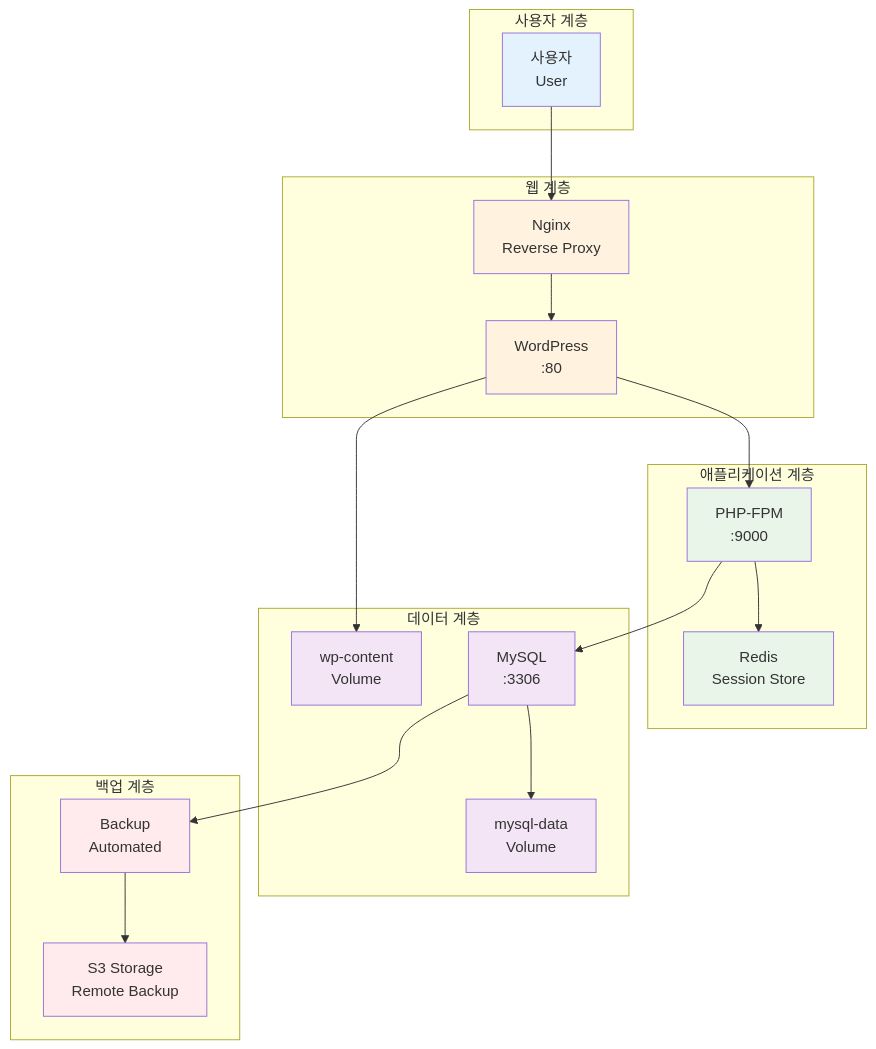
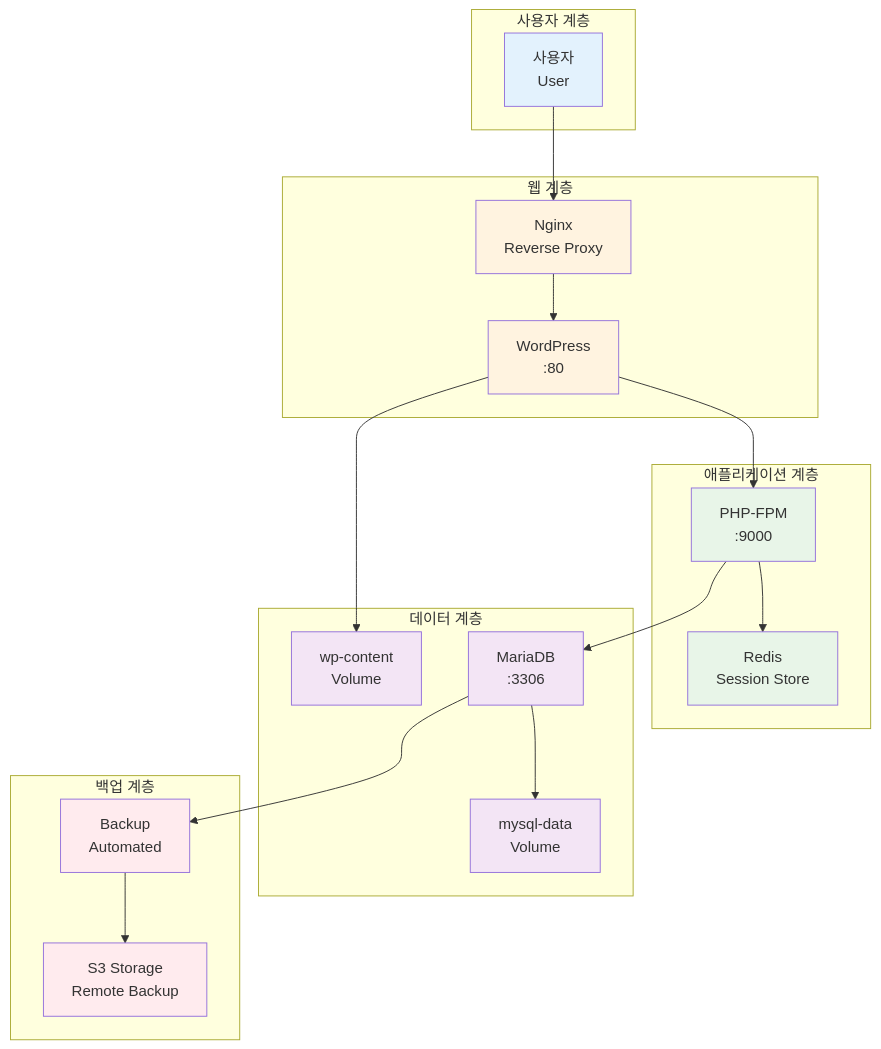
Before and after one commit to niceguy61/kdt_devops_lecture_2025: the diagram in theory/week_02/day2/lab_1.md, drawn with Mermaid. The commit also changed other lines of this file and 16 other files, not shown here.

````diff
--- a/theory/week_02/day2/lab_1.md
+++ b/theory/week_02/day2/lab_1.md
@@ -29,48 +29,48 @@
 ```mermaid
 graph TB
     subgraph "사용자 계층"
         U[사용자<br/>User]
     end
     
     subgraph "웹 계층"
         W[WordPress<br/>:80]
         N[Nginx<br/>Reverse Proxy]
     end
     
     subgraph "애플리케이션 계층"
         P[PHP-FPM<br/>:9000]
         R[Redis<br/>Session Store]
     end
     
     subgraph "데이터 계층"
-        M[MySQL<br/>:3306]
+        M[MariaDB<br/>:3306]
         V1[wp-content<br/>Volume]
         V2[mysql-data<br/>Volume]
     end
     
     subgraph "백업 계층"
         B[Backup<br/>Automated]
         S[S3 Storage<br/>Remote Backup]
     end
     
     U --> N
     N --> W
     W --> P
     P --> R
     P --> M
     W --> V1
     M --> V2
     M --> B
     B --> S
     
     style U fill:#e3f2fd
     style W fill:#fff3e0
     style N fill:#fff3e0
     style P fill:#e8f5e8
     style R fill:#e8f5e8
     style M fill:#f3e5f5
     style V1 fill:#f3e5f5
     style V2 fill:#f3e5f5
     style B fill:#ffebee
     style S fill:#ffebee
 ```
````
